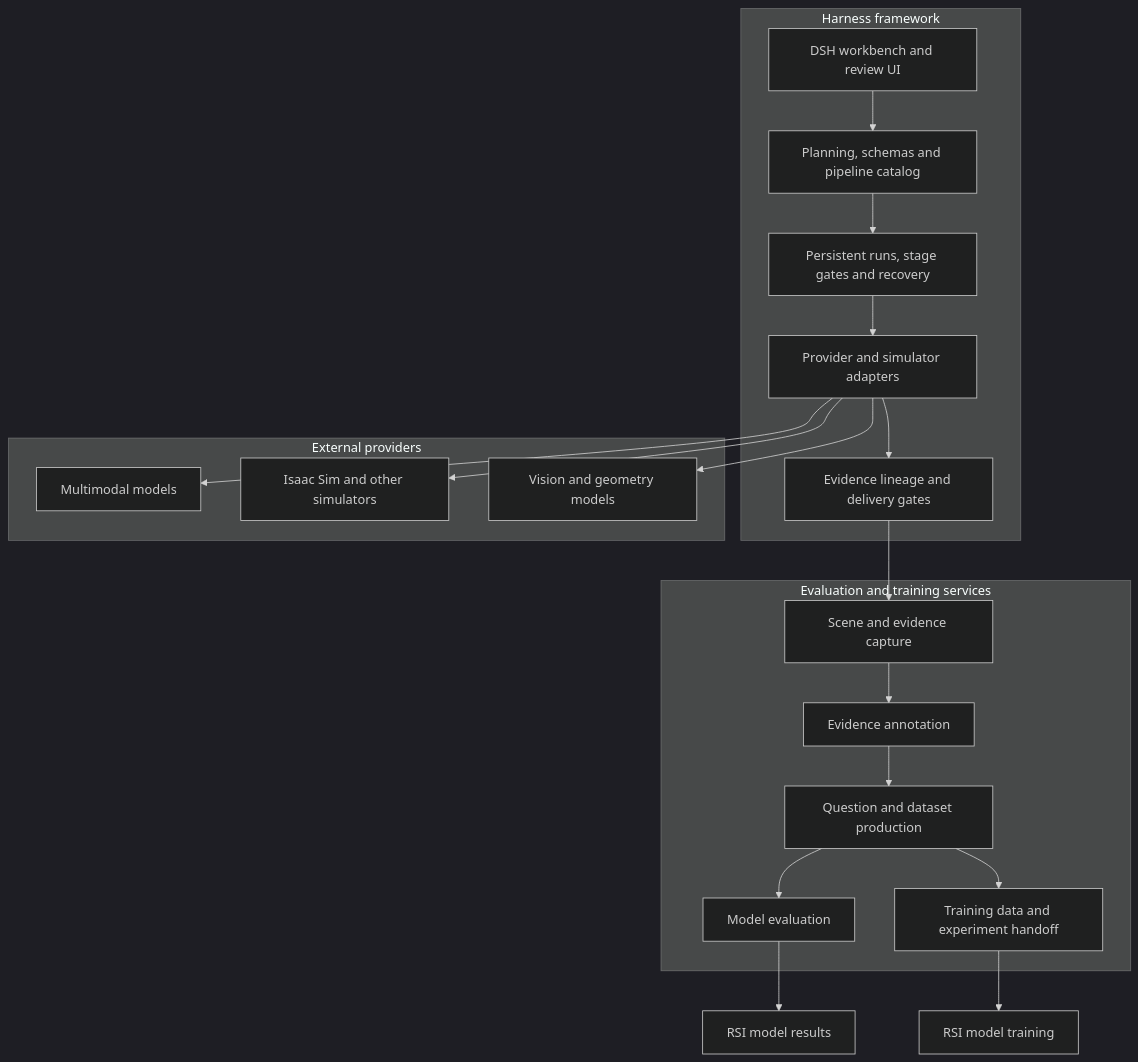
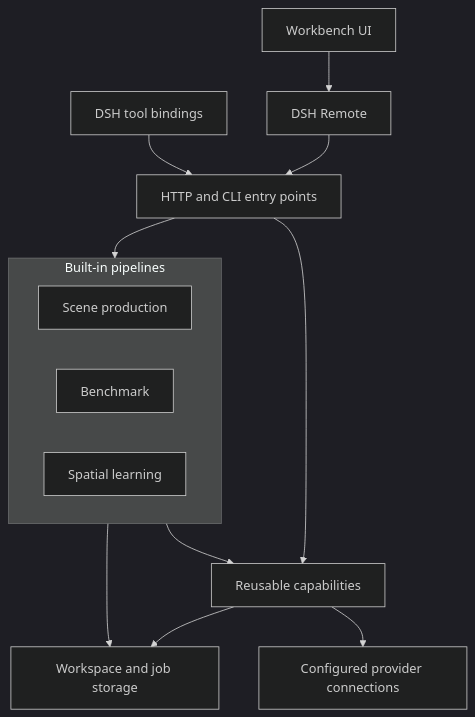
The diagram in README.md (EurecaMoment/BenchForgeV2), drawn with Mermaid (dark theme) before and after one commit. The commit also changed other lines of this file and 404 other files, not shown here.

First line of the commit message:
Extract reusable capabilities from the built-in pipelines

````diff
--- a/README.md
+++ b/README.md
@@ -5,32 +5,17 @@
 ```mermaid
 flowchart TB
-  subgraph framework[Harness framework]
-    UX[DSH workbench and review UI]
-    Plan[Planning, schemas and pipeline catalog]
-    Orchestrate[Persistent runs, stage gates and recovery]
-    Adapters[Provider and simulator adapters]
-    Evidence[Evidence lineage and delivery gates]
-    UX --> Plan --> Orchestrate --> Adapters
-    Adapters --> Evidence
+  UI[Workbench UI] --> Remote[DSH Remote]
+  Remote --> Entry[HTTP and CLI entry points]
+  Tools[DSH tool bindings] --> Entry
+  subgraph Pipelines[Built-in pipelines]
+    Scene[Scene production]
+    Bench[Benchmark]
+    Learning[Spatial learning]
   end
-  subgraph providers[External providers]
-    LLM[Multimodal models]
-    Sim[Isaac Sim and other simulators]
-    Vision[Vision and geometry models]
-  end
-  Adapters --> LLM
-  Adapters --> Sim
-  Adapters --> Vision
-  subgraph services[Evaluation and training services]
-    Capture[Scene and evidence capture]
-    Annotate[Evidence annotation]
-    Dataset[Question and dataset production]
-    Eval[Model evaluation]
-    Train[Training data and experiment handoff]
-  end
-  Evidence --> Capture --> Annotate --> Dataset
-  Dataset --> Eval
-  Dataset --> Train
-  Eval --> Report[RSI model results]
-  Train --> RSI[RSI model training]
+  Entry --> Pipelines
+  Entry --> Capabilities[Reusable capabilities]
+  Pipelines --> Capabilities
+  Capabilities --> Storage[Workspace and job storage]
+  Pipelines --> Storage
+  Capabilities --> Providers[Configured provider connections]
 ```
````
